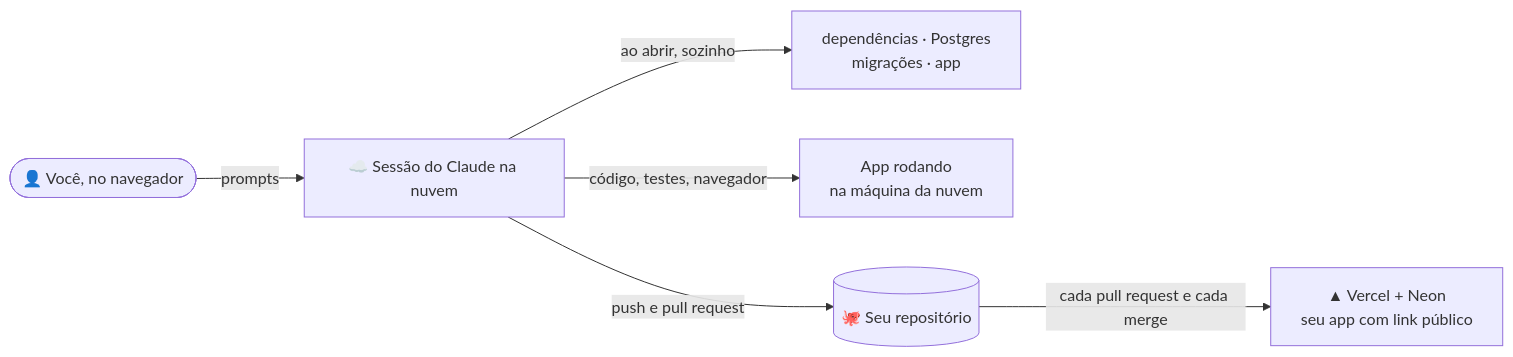
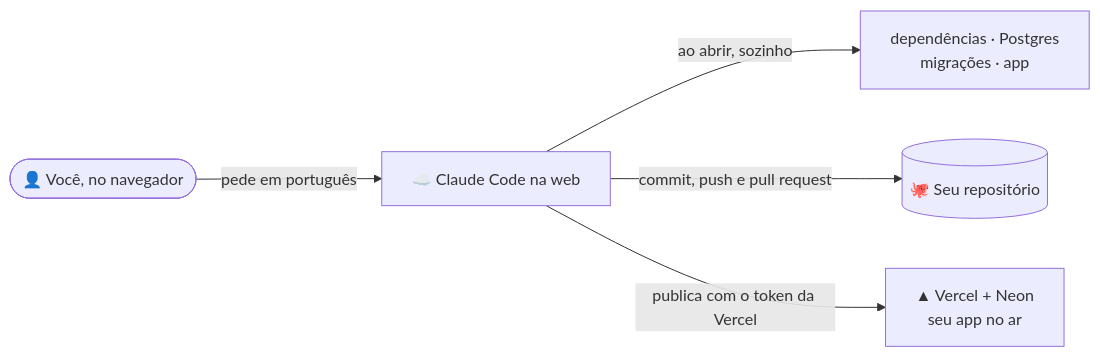
The second of 2 diagrams in PREREQUISITES.md (Blueydata/ai-dev-foundation), drawn with Mermaid before and after one commit. The commit also changed other lines of this file and 19 other files, not shown here.

First line of the commit message:
feat: Claude publishes on Vercel through the pinned CLI, with keys kept as network secrets

````diff
--- a/PREREQUISITES.md
+++ b/PREREQUISITES.md
@@ -32,8 +27,7 @@
 ```mermaid
 flowchart LR
-    Voce(["👤 Você, no navegador"]) -->|"prompts"| Sessao["☁️ Sessão do Claude na nuvem"]
+    Voce(["👤 Você, no navegador"]) -->|"pede em português"| Sessao["☁️ Claude Code na web"]
     Sessao -->|"ao abrir, sozinho"| Setup["dependências · Postgres<br/>migrações · app"]
-    Sessao -->|"código, testes, navegador"| App["App rodando<br/>na máquina da nuvem"]
-    Sessao -->|"push e pull request"| GitHub[("🐙 Seu repositório")]
-    GitHub -->|"cada pull request e cada merge"| Vercel["▲ Vercel + Neon<br/>seu app com link público"]
+    Sessao -->|"commit, push e pull request"| GitHub[("🐙 Seu repositório")]
+    Sessao -->|"publica com o token da Vercel"| Vercel["▲ Vercel + Neon<br/>seu app no ar"]
 ```
````
